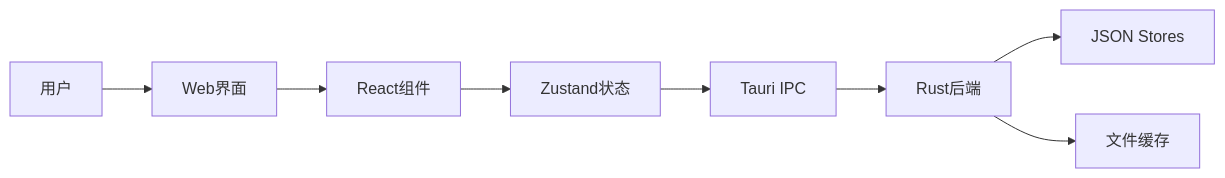
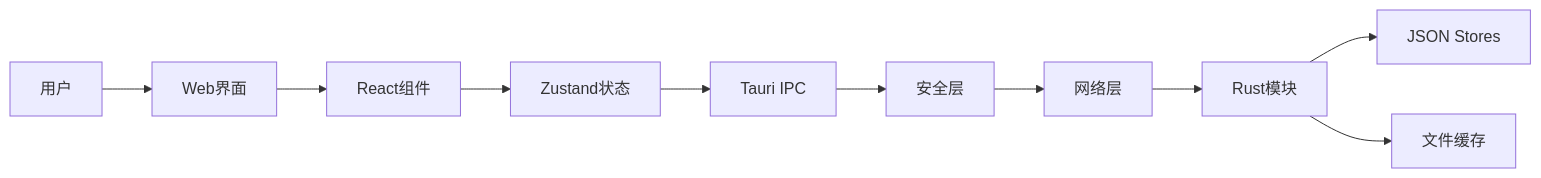
One commit to AstroAir/skymap-test changed the diagram in docs/developer-guide/architecture/index.md. Above: the diagram before and after it, drawn with Mermaid. The commit also changed 148 other files, not shown here.

````diff
--- a/docs/developer-guide/architecture/index.md
+++ b/docs/developer-guide/architecture/index.md
@@ -32,10 +32,12 @@
 ```mermaid
 graph LR
     A[用户] --> B[Web界面]
     B --> C[React组件]
     C --> D[Zustand状态]
     D --> E[Tauri IPC]
-    E --> F[Rust后端]
+    E --> S[安全层]
+    S --> N[网络层]
+    N --> F[Rust模块]
     F --> G[JSON Stores]
     F --> H[文件缓存]
 ```
````
